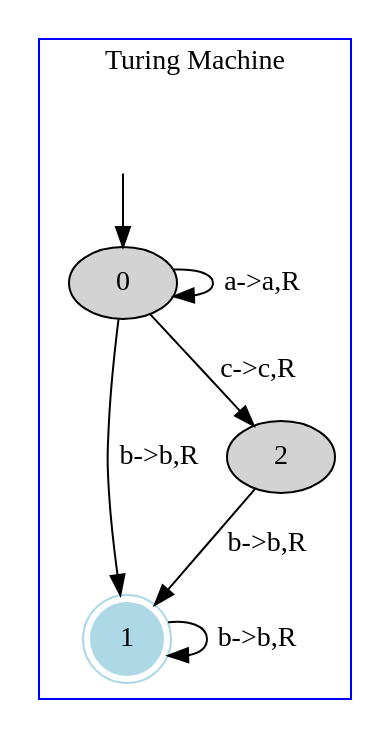
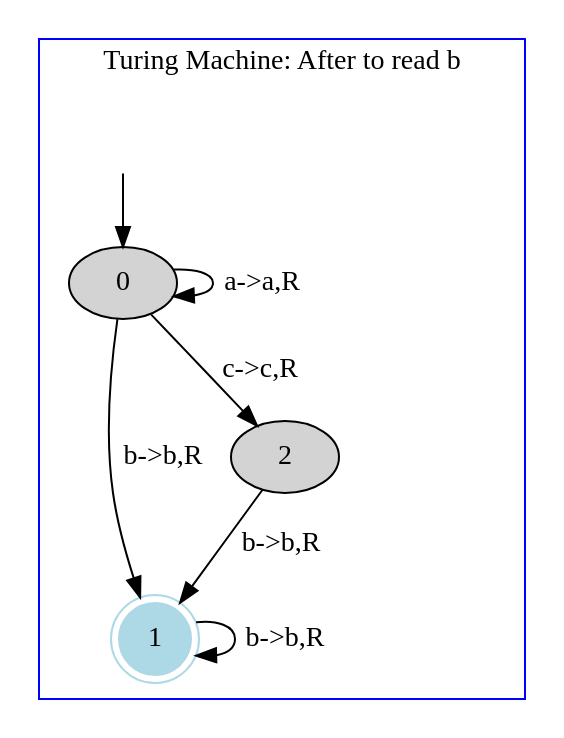
The diagram in TM/images/file3.dot (danielScLima/turing_machine), drawn with Graphviz before and after one commit. The commit also changed 7 other files, not shown here.

```diff
--- a/TM/images/file3.dot
+++ b/TM/images/file3.dot
@@ -1,17 +1,17 @@
 digraph G {
 	subgraph cluster_1 {
 		node [style=filled];
-		label = "Turing Machine"
+		label = "Turing Machine: After to read b"
 		color=blue;
 
 		0;
 		1 [shape="doublecircle",color="lightblue"];
 		2;
 		0->0[label="a->a,R"];
 		0->1[label="b->b,R"];
 		0->2[label="c->c,R"];
 		1->1[label="b->b,R"];
 		2->1[label="b->b,R"];
 x [color=white, label=""];		x->0	}
 
 }
```
